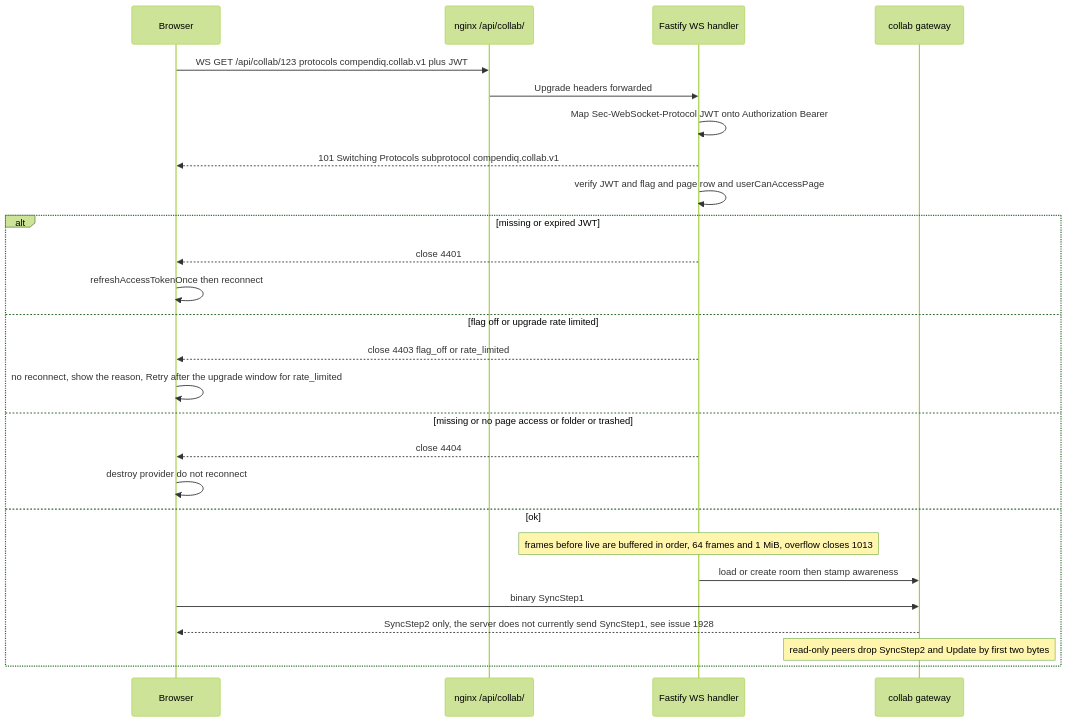
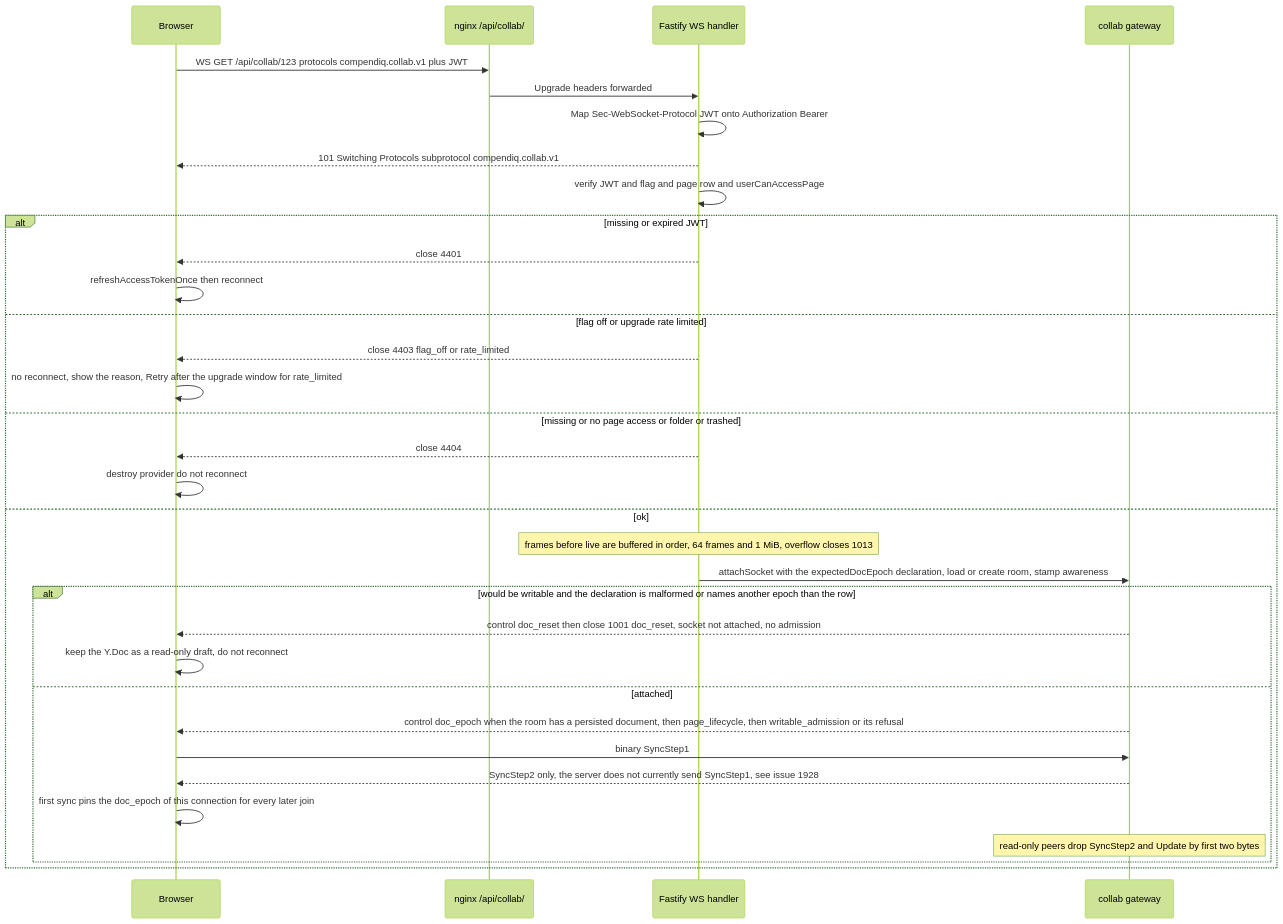
One commit to Compendiq/compendiq-ce changed the second of 3 diagrams in docs/architecture/12-realtime-collaboration.md. Above: the diagram before and after it, drawn with Mermaid (forest theme). The commit also changed other lines of this file and 7 other files, not shown here.

First line of the commit message:
docs: describe the collaborative document epoch, inbound lineage end and upgrade gate (#2034)

````diff
--- a/docs/architecture/12-realtime-collaboration.md
+++ b/docs/architecture/12-realtime-collaboration.md
@@ -90,29 +90,36 @@
 ```mermaid
 sequenceDiagram
     participant B as Browser
     participant N as nginx /api/collab/
     participant F as Fastify WS handler
     participant G as collab gateway
 
     B->>N: WS GET /api/collab/123 protocols compendiq.collab.v1 plus JWT
     N->>F: Upgrade headers forwarded
     F->>F: Map Sec-WebSocket-Protocol JWT onto Authorization Bearer
     F-->>B: 101 Switching Protocols subprotocol compendiq.collab.v1
     F->>F: verify JWT and flag and page row and userCanAccessPage
     alt missing or expired JWT
         F-->>B: close 4401
         B->>B: refreshAccessTokenOnce then reconnect
     else flag off or upgrade rate limited
         F-->>B: close 4403 flag_off or rate_limited
         B->>B: no reconnect, show the reason, Retry after the upgrade window for rate_limited
     else missing or no page access or folder or trashed
         F-->>B: close 4404
         B->>B: destroy provider do not reconnect
     else ok
         Note over F: frames before live are buffered in order, 64 frames and 1 MiB, overflow closes 1013
-        F->>G: load or create room then stamp awareness
-        B->>G: binary SyncStep1
-        G-->>B: SyncStep2 only, the server does not currently send SyncStep1, see issue 1928
-        Note over G: read-only peers drop SyncStep2 and Update by first two bytes
+        F->>G: attachSocket with the expectedDocEpoch declaration, load or create room, stamp awareness
+        alt would be writable and the declaration is malformed or names another epoch than the row
+            G-->>B: control doc_reset then close 1001 doc_reset, socket not attached, no admission
+            B->>B: keep the Y.Doc as a read-only draft, do not reconnect
+        else attached
+            G-->>B: control doc_epoch when the room has a persisted document, then page_lifecycle, then writable_admission or its refusal
+            B->>G: binary SyncStep1
+            G-->>B: SyncStep2 only, the server does not currently send SyncStep1, see issue 1928
+            B->>B: first sync pins the doc_epoch of this connection for every later join
+            Note over G: read-only peers drop SyncStep2 and Update by first two bytes
+        end
     end
 ```
````
